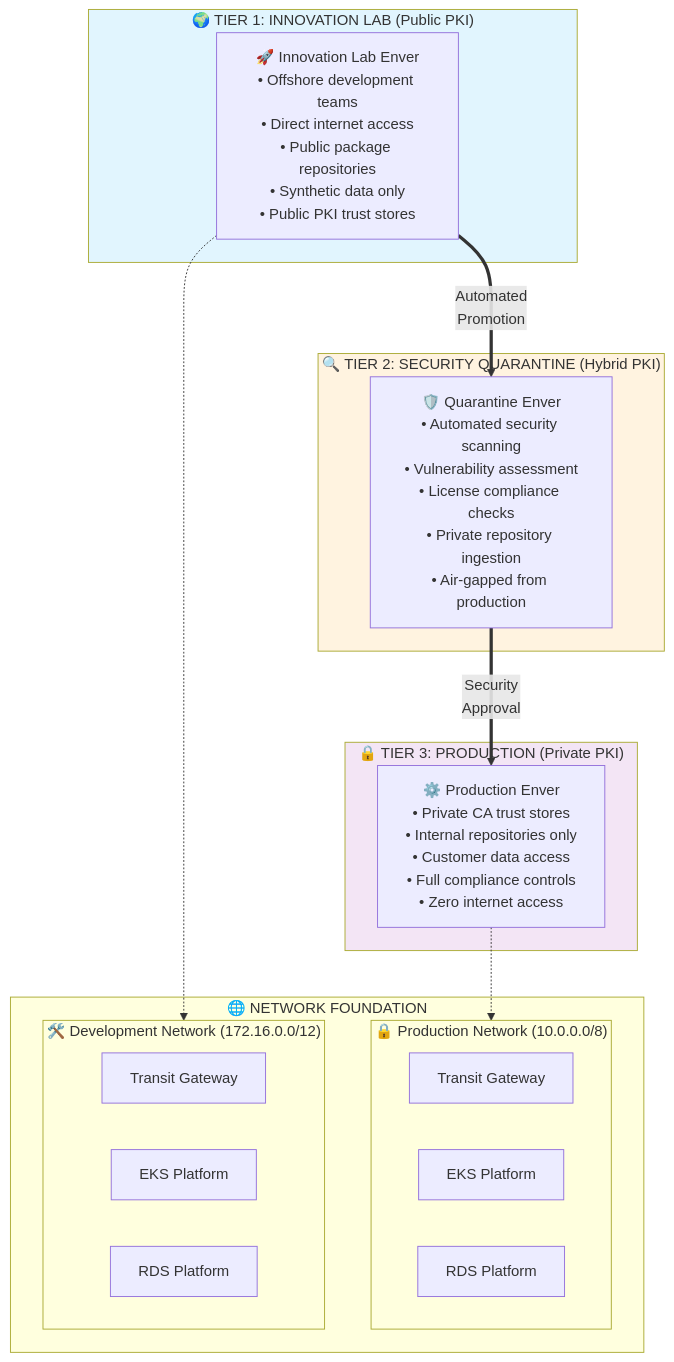
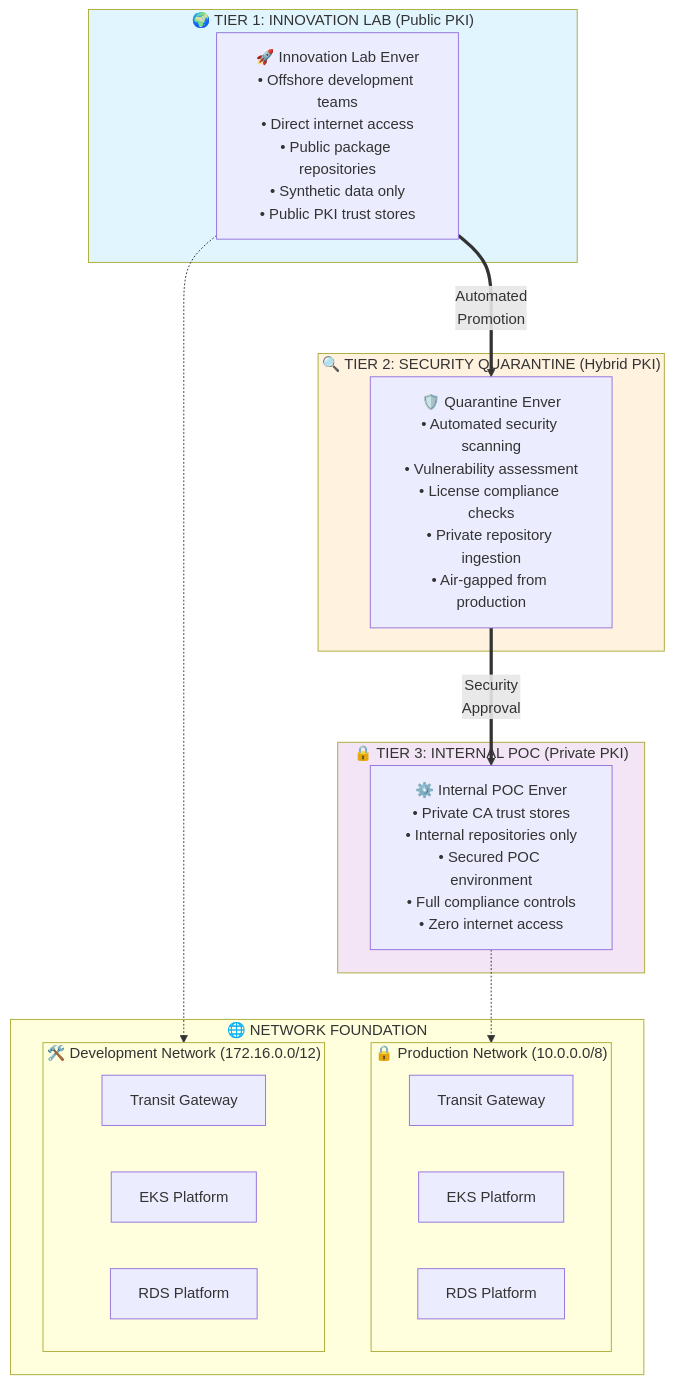
One commit to ondemandenv/ondemandenv.github.io changed the diagram in articles/isolated-offshore-development-pattern.md. Above: the diagram before and after it, drawn with Mermaid. The commit also changed other lines of this file, not shown here.

````diff
--- a/articles/isolated-offshore-development-pattern.md
+++ b/articles/isolated-offshore-development-pattern.md
@@ -32,38 +40,38 @@
 ```mermaid
 flowchart TB
     subgraph PublicZone["🌍 TIER 1: INNOVATION LAB (Public PKI)"]
         InnovationLab["🚀 Innovation Lab Enver<br/>• Offshore development teams<br/>• Direct internet access<br/>• Public package repositories<br/>• Synthetic data only<br/>• Public PKI trust stores"]
     end
     
     subgraph QuarantineZone["🔍 TIER 2: SECURITY QUARANTINE (Hybrid PKI)"]
         QuarantineEnver["🛡️ Quarantine Enver<br/>• Automated security scanning<br/>• Vulnerability assessment<br/>• License compliance checks<br/>• Private repository ingestion<br/>• Air-gapped from production"]
     end
     
-    subgraph ProductionZone["🔒 TIER 3: PRODUCTION (Private PKI)"]
-        ProductionEnver["⚙️ Production Enver<br/>• Private CA trust stores<br/>• Internal repositories only<br/>• Customer data access<br/>• Full compliance controls<br/>• Zero internet access"]
+    subgraph InternalZone["🔒 TIER 3: INTERNAL POC (Private PKI)"]
+        InternalEnver["⚙️ Internal POC Enver<br/>• Private CA trust stores<br/>• Internal repositories only<br/>• Secured POC environment<br/>• Full compliance controls<br/>• Zero internet access"]
     end
     
     subgraph NetworkFoundation["🌐 NETWORK FOUNDATION"]
         subgraph ProductionNetwork["🔒 Production Network (10.0.0.0/8)"]
             ProdTGW["Transit Gateway"]
             ProdEKS["EKS Platform"]
             ProdRDS["RDS Platform"]
         end
         
         subgraph DevNetwork["🛠️ Development Network (172.16.0.0/12)"]
             DevTGW["Transit Gateway"]
             DevEKS["EKS Platform"]
             DevRDS["RDS Platform"]
         end
     end
     
     InnovationLab ==>|"Automated<br/>Promotion"| QuarantineEnver
-    QuarantineEnver ==>|"Security<br/>Approval"| ProductionEnver
+    QuarantineEnver ==>|"Security<br/>Approval"| InternalEnver
     
     InnovationLab -.-> DevNetwork
-    ProductionEnver -.-> ProductionNetwork
+    InternalEnver -.-> ProductionNetwork
     
     style PublicZone fill:#e1f5fe
     style QuarantineZone fill:#fff3e0
-    style ProductionZone fill:#f3e5f5
+    style InternalZone fill:#f3e5f5
 ```
````
